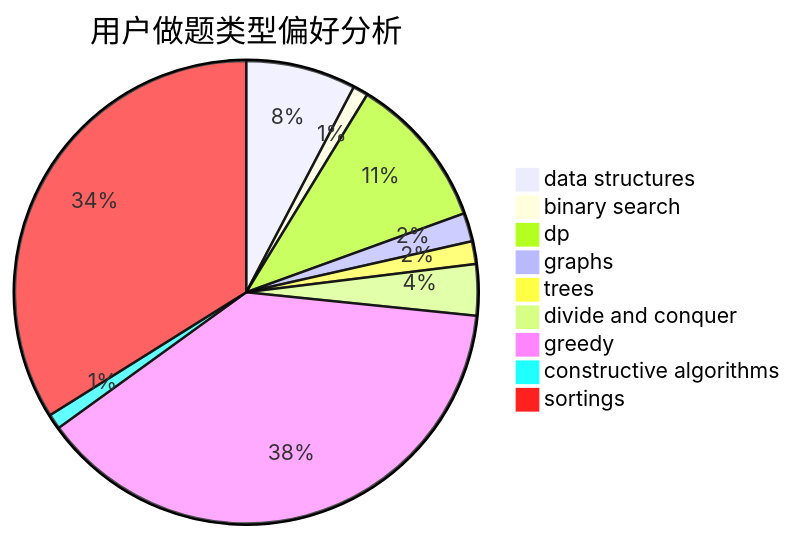
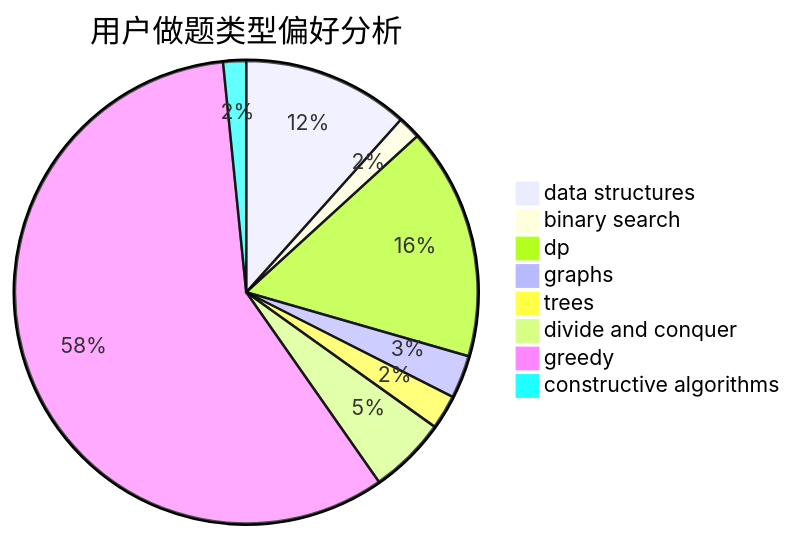
One commit to sherpahu/cfrs.github.io changed the second of 3 diagrams in docs/user/u1892.md. Above: the diagram before and after it, drawn with Mermaid. The commit also changed other lines of this file and 2769 other files, not shown here.

````diff
--- a/docs/user/u1892.md
+++ b/docs/user/u1892.md
@@ -18,12 +18,11 @@
 ```mermaid
 pie title 用户做题类型偏好分析
     "data structures" :  58
     "binary search" :  8
     "dp" :  81
     "graphs" :  15
     "trees" :  12
     "divide and conquer" :  27
     "greedy" :  290
     "constructive algorithms" :  8
-    "sortings" :  256
 ```
````
